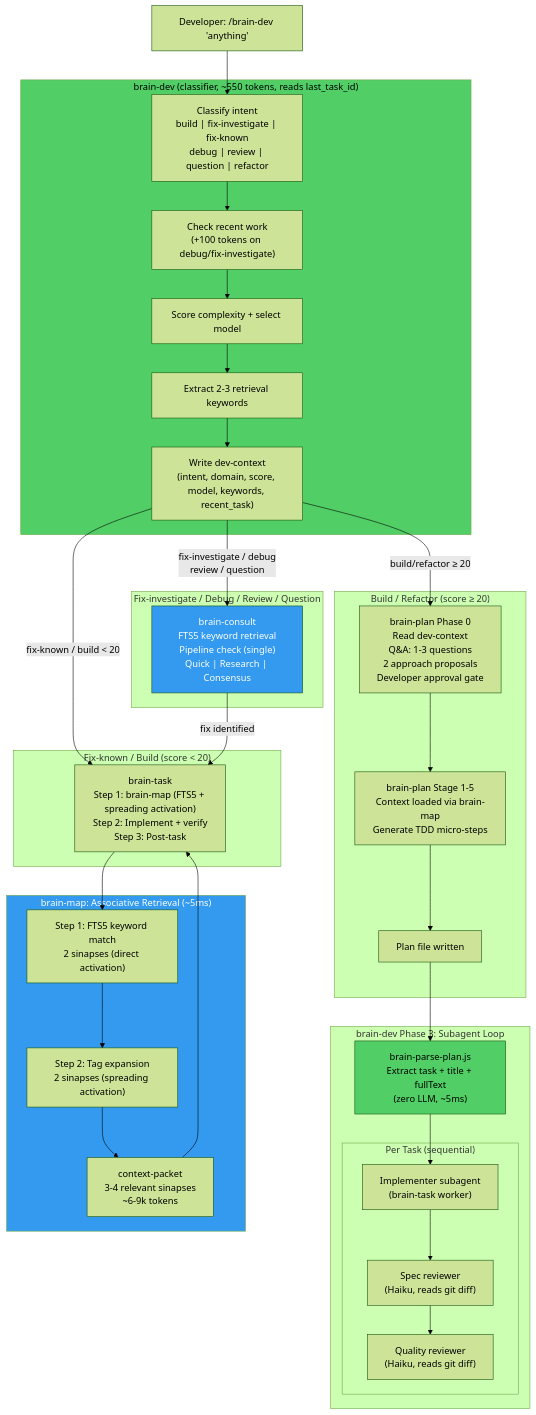
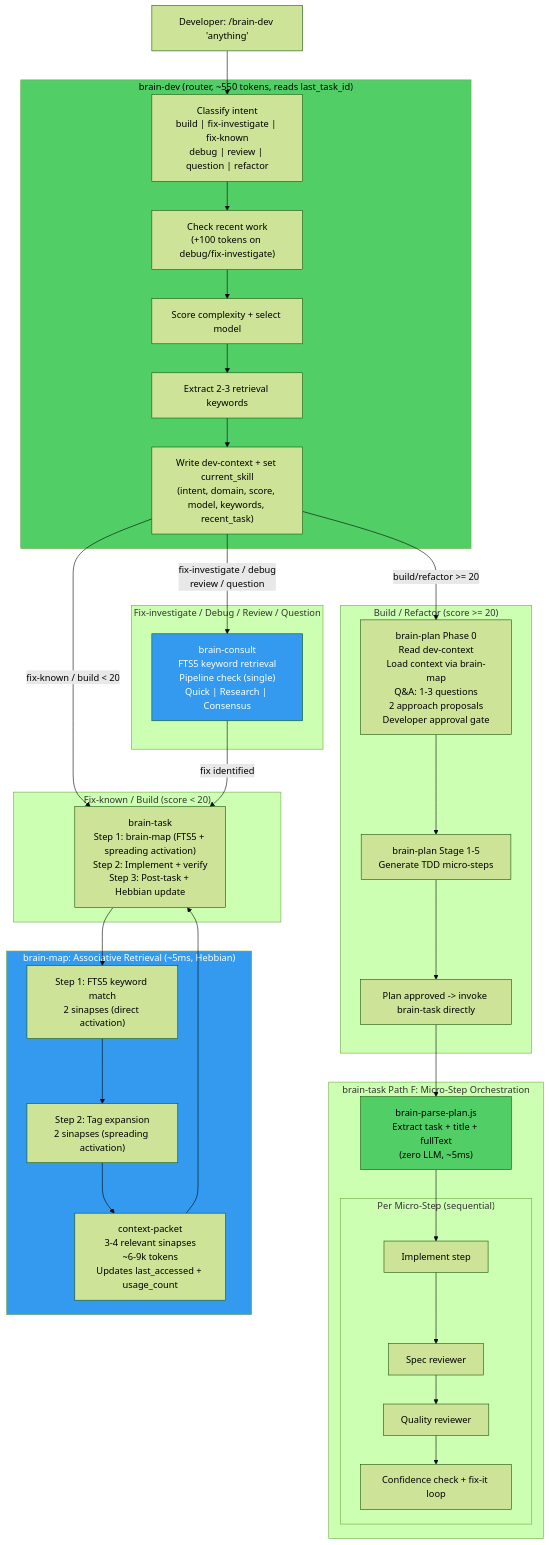
Before and after one commit to leandrotcawork/forgeflow-mini: the diagram in README.md, drawn with Mermaid (forest theme). The commit also changed other lines of this file and 1 other file, not shown here.

Commit message:
docs: v1.2.0 — workflow enforcement, linear pipeline, Hebbian learning

````diff
--- a/README.md
+++ b/README.md
@@ -396,62 +405,63 @@
 ```mermaid
 flowchart TB
     USER["Developer: /brain-dev 'anything'"]
 
-    subgraph BRAINDEV["brain-dev (classifier, ~550 tokens, reads last_task_id)"]
+    subgraph BRAINDEV["brain-dev (router, ~550 tokens, reads last_task_id)"]
         CL["Classify intent<br/>build | fix-investigate | fix-known<br/>debug | review | question | refactor"]
         SA["Check recent work<br/>(+100 tokens on debug/fix-investigate)"]
         SC["Score complexity + select model"]
         KW["Extract 2-3 retrieval keywords"]
-        DC["Write dev-context<br/>(intent, domain, score, model, keywords, recent_task)"]
+        DC["Write dev-context + set current_skill<br/>(intent, domain, score, model, keywords, recent_task)"]
     end
 
-    subgraph PLAN_PATH["Build / Refactor (score ≥ 20)"]
-        BP0["brain-plan Phase 0<br/>Read dev-context<br/>Q&A: 1-3 questions<br/>2 approach proposals<br/>Developer approval gate"]
-        BP1["brain-plan Stage 1-5<br/>Context loaded via brain-map<br/>Generate TDD micro-steps"]
-        PLAN["Plan file written"]
+    subgraph PLAN_PATH["Build / Refactor (score >= 20)"]
+        BP0["brain-plan Phase 0<br/>Read dev-context<br/>Load context via brain-map<br/>Q&A: 1-3 questions<br/>2 approach proposals<br/>Developer approval gate"]
+        BP1["brain-plan Stage 1-5<br/>Generate TDD micro-steps"]
+        PLAN["Plan approved -> invoke brain-task directly"]
     end
 
-    subgraph DISPATCH["brain-dev Phase 3: Subagent Loop"]
+    subgraph EXECUTE["brain-task Path F: Micro-Step Orchestration"]
         PARSE["brain-parse-plan.js<br/>Extract task + title + fullText<br/>(zero LLM, ~5ms)"]
 
-        subgraph PERTASK["Per Task (sequential)"]
-            IMPL["Implementer subagent<br/>(brain-task worker)"]
-            SPECR["Spec reviewer<br/>(Haiku, reads git diff)"]
-            QUALR["Quality reviewer<br/>(Haiku, reads git diff)"]
+        subgraph PERTASK["Per Micro-Step (sequential)"]
+            IMPL["Implement step"]
+            SPECR["Spec reviewer"]
+            QUALR["Quality reviewer"]
+            CONFR["Confidence check + fix-it loop"]
         end
     end
 
     subgraph CONSULT_PATH["Fix-investigate / Debug / Review / Question"]
         BC["brain-consult<br/>FTS5 keyword retrieval<br/>Pipeline check (single)<br/>Quick | Research | Consensus"]
     end
 
     subgraph TASK_DIRECT["Fix-known / Build (score < 20)"]
-        BT["brain-task<br/>Step 1: brain-map (FTS5 + spreading activation)<br/>Step 2: Implement + verify<br/>Step 3: Post-task"]
+        BT["brain-task<br/>Step 1: brain-map (FTS5 + spreading activation)<br/>Step 2: Implement + verify<br/>Step 3: Post-task + Hebbian update"]
     end
 
-    subgraph BRAINMAP["brain-map: Associative Retrieval (~5ms)"]
+    subgraph BRAINMAP["brain-map: Associative Retrieval (~5ms, Hebbian)"]
         FTS["Step 1: FTS5 keyword match<br/>2 sinapses (direct activation)"]
         SPREAD["Step 2: Tag expansion<br/>2 sinapses (spreading activation)"]
-        CTX["context-packet<br/>3-4 relevant sinapses<br/>~6-9k tokens"]
+        CTX["context-packet<br/>3-4 relevant sinapses<br/>~6-9k tokens<br/>Updates last_accessed + usage_count"]
     end
 
     USER --> CL --> SA --> SC --> KW --> DC
 
-    DC -->|"build/refactor ≥ 20"| BP0
+    DC -->|"build/refactor >= 20"| BP0
     DC -->|"fix-known / build < 20"| BT
     DC -->|"fix-investigate / debug<br/>review / question"| BC
 
     BP0 --> BP1 --> PLAN --> PARSE --> IMPL
-    IMPL --> SPECR --> QUALR
+    IMPL --> SPECR --> QUALR --> CONFR
 
     BC -->|"fix identified"| BT
 
     BT --> FTS
     FTS --> SPREAD --> CTX
     CTX --> BT
 
     style BRAINDEV fill:#51cf66,color:#000
     style BRAINMAP fill:#339af0,color:#fff
     style PARSE fill:#51cf66,color:#000
     style BC fill:#339af0,color:#fff
 ```
````
